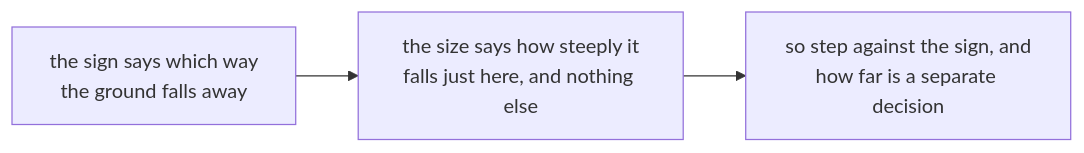
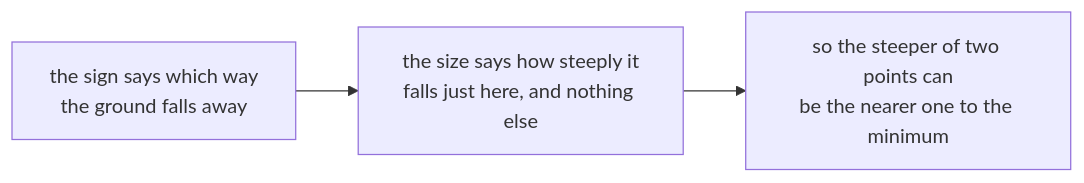
The diagram in figures/mermaid/en/f11-sign-and-size.mmd (konradcinkusz/math-for-ai-engineers), drawn with Mermaid before and after one commit. The commit also changed 26 other files, not shown here.

```diff
--- a/figures/mermaid/en/f11-sign-and-size.mmd
+++ b/figures/mermaid/en/f11-sign-and-size.mmd
@@ -1,4 +1,4 @@
 flowchart LR
   A["the sign says which way<br/>the ground falls away"]
   A --> B["the size says how steeply it<br/>falls just here, and nothing else"]
-  B --> C["so step against the sign, and<br/>how far is a separate decision"]
+  B --> C["so the steeper of two points can<br/>be the nearer one to the minimum"]
```
